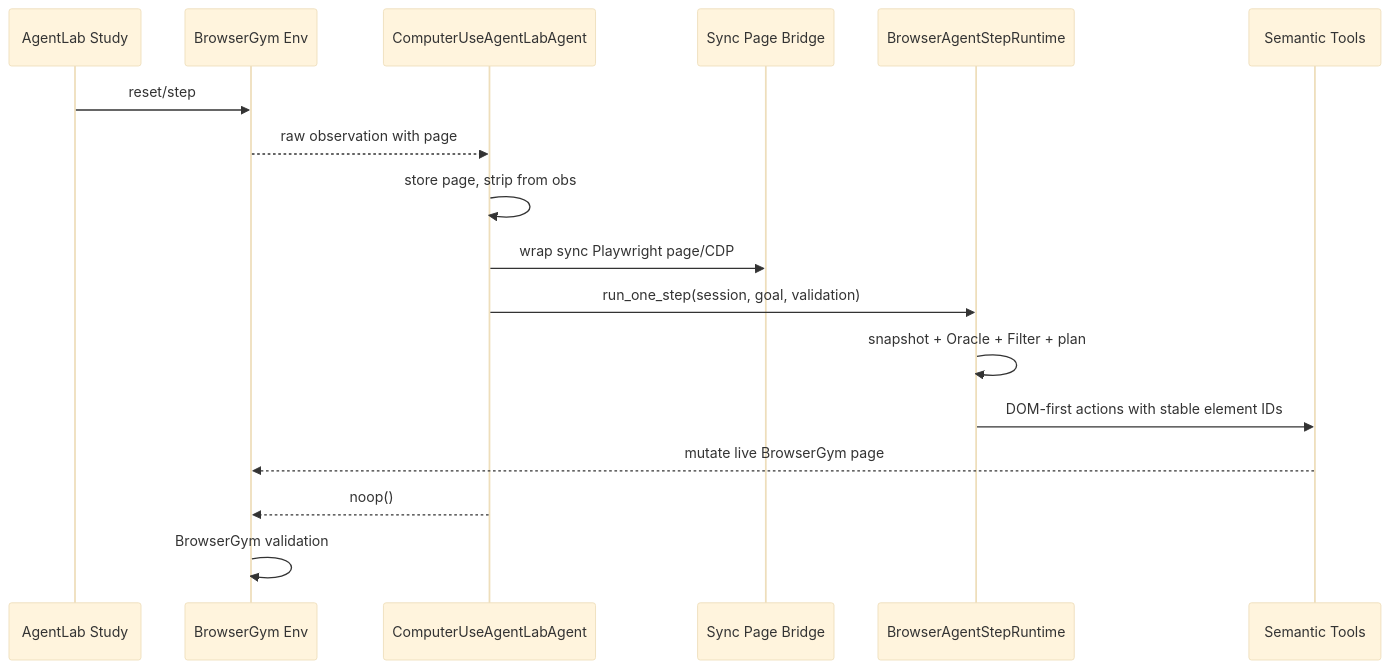
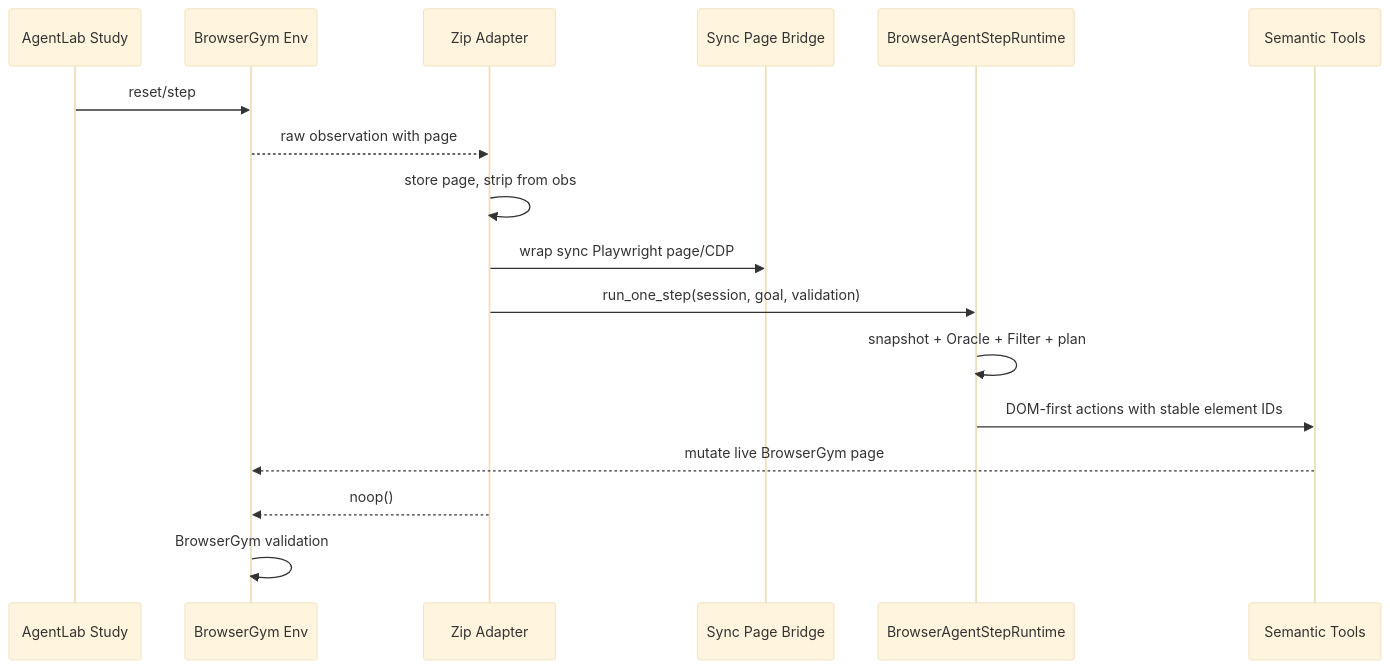
Before and after one commit to snehalyelmati/computer-use-perf: the first of 2 diagrams in docs/architecture.md, drawn with Mermaid (base theme). The commit also changed other lines of this file and 29 other files, not shown here.

First line of the commit message:
Rename browser agent as Zip

````diff
--- a/docs/architecture.md
+++ b/docs/architecture.md
@@ -21,20 +21,20 @@
 ```mermaid
 sequenceDiagram
     participant Study as AgentLab Study
     participant Env as BrowserGym Env
-    participant Adapter as ComputerUseAgentLabAgent
+    participant Adapter as Zip Adapter
     participant Bridge as Sync Page Bridge
     participant Runtime as BrowserAgentStepRuntime
     participant Tools as Semantic Tools
 
     Study->>Env: reset/step
     Env-->>Adapter: raw observation with page
     Adapter->>Adapter: store page, strip from obs
     Adapter->>Bridge: wrap sync Playwright page/CDP
     Adapter->>Runtime: run_one_step(session, goal, validation)
     Runtime->>Runtime: snapshot + Oracle + Filter + plan
     Runtime->>Tools: DOM-first actions with stable element IDs
     Tools-->>Env: mutate live BrowserGym page
     Adapter-->>Env: noop()
     Env->>Env: BrowserGym validation
 ```
````
